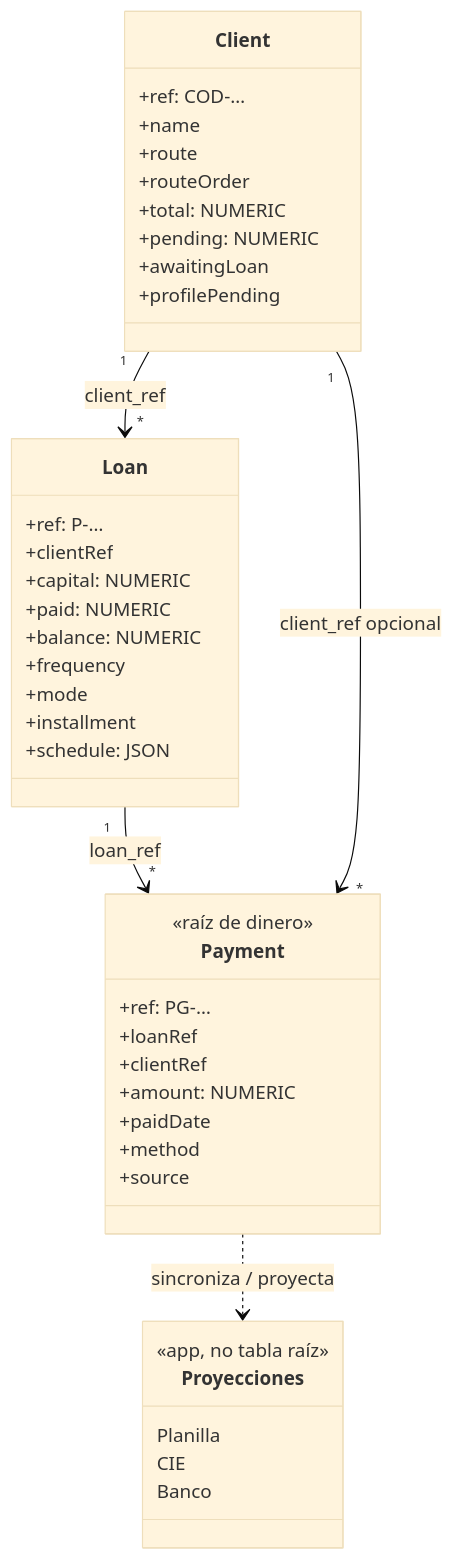
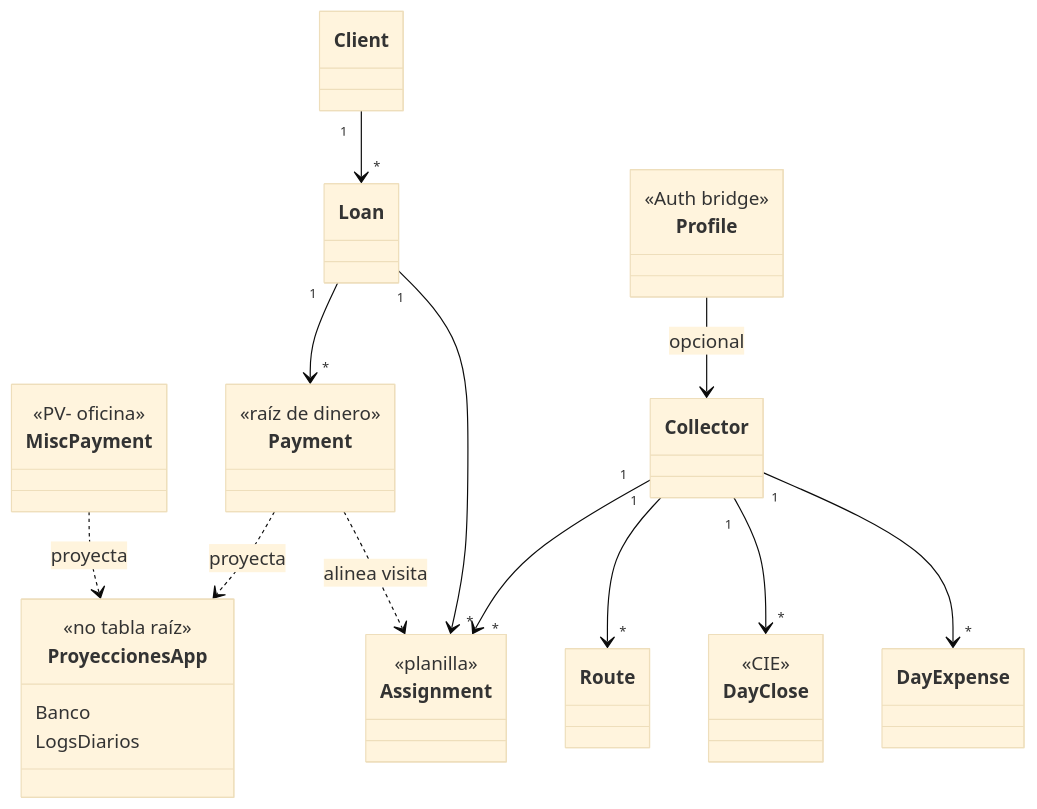
One commit to jhonperez18/prestamo-y-cobranza changed the second of 2 diagrams in docs/supabase-schema.md. Above: the diagram before and after it, drawn with Mermaid (base theme). The commit also changed other lines of this file and 7 other files, not shown here.

First line of the commit message:
Raise the ops schema to a full shared domain with CIE, routes, and planilla sync.

````diff
--- a/docs/supabase-schema.md
+++ b/docs/supabase-schema.md
@@ -74,50 +89,41 @@
 ```mermaid
 classDiagram
   direction TB
-
-  class Client {
-    +ref: COD-…
-    +name
-    +route
-    +routeOrder
-    +total: NUMERIC
-    +pending: NUMERIC
-    +awaitingLoan
-    +profilePending
+  class Client
+  class Loan
+  class Payment {
+    <<raíz de dinero>>
+  }
+  class Collector
+  class Route
+  class DayClose {
+    <<CIE>>
+  }
+  class DayExpense
+  class Assignment {
+    <<planilla>>
+  }
+  class MiscPayment {
+    <<PV- oficina>>
+  }
+  class Profile {
+    <<Auth bridge>>
+  }
+  class ProyeccionesApp {
+    <<no tabla raíz>>
+    Banco
+    LogsDiarios
   }
 
-  class Loan {
-    +ref: P-…
-    +clientRef
-    +capital: NUMERIC
-    +paid: NUMERIC
-    +balance: NUMERIC
-    +frequency
-    +mode
-    +installment
-    +schedule: JSON
-  }
-
-  class Payment {
-    +ref: PG-…
-    +loanRef
-    +clientRef
-    +amount: NUMERIC
-    +paidDate
-    +method
-    +source
-    <<raíz de dinero>>
-  }
-
-  class Proyecciones {
-    <<app, no tabla raíz>>
-    Planilla
-    CIE
-    Banco
-  }
-
-  Client "1" --> "*" Loan : client_ref
-  Loan "1" --> "*" Payment : loan_ref
-  Client "1" --> "*" Payment : client_ref opcional
-  Payment ..> Proyecciones : sincroniza / proyecta
+  Client "1" --> "*" Loan
+  Loan "1" --> "*" Payment
+  Collector "1" --> "*" Route
+  Collector "1" --> "*" DayClose
+  Collector "1" --> "*" DayExpense
+  Collector "1" --> "*" Assignment
+  Loan "1" --> "*" Assignment
+  Payment ..> Assignment : alinea visita
+  Payment ..> ProyeccionesApp : proyecta
+  MiscPayment ..> ProyeccionesApp : proyecta
+  Profile --> Collector : opcional
 ```
````
